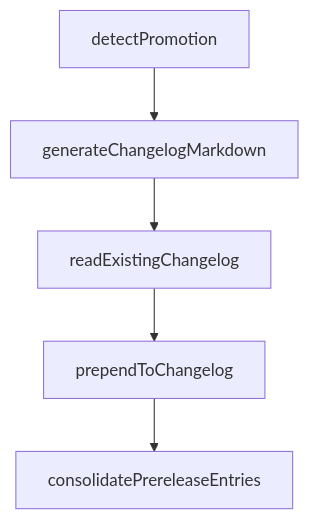
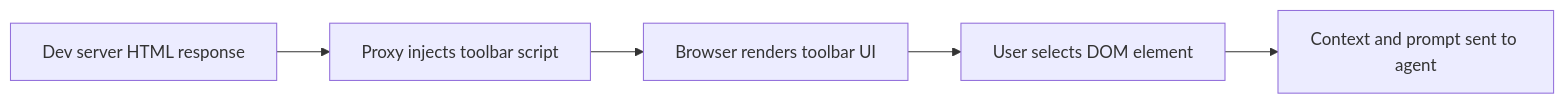
Before and after one commit to johnxie/awesome-code-docs: the second of 2 diagrams in tutorials/stagewise-tutorial/02-proxy-and-toolbar-architecture.md, drawn with Mermaid. The commit also changed other lines of this file and 1232 other files, not shown here.

````diff
--- a/tutorials/stagewise-tutorial/02-proxy-and-toolbar-architecture.md
+++ b/tutorials/stagewise-tutorial/02-proxy-and-toolbar-architecture.md
@@ -229,12 +72,7 @@
 ```mermaid
-flowchart TD
-    A[detectPromotion]
-    B[generateChangelogMarkdown]
-    C[readExistingChangelog]
-    D[prependToChangelog]
-    E[consolidatePrereleaseEntries]
-    A --> B
-    B --> C
-    C --> D
-    D --> E
+flowchart LR
+    A[Dev server HTML response] --> B[Proxy injects toolbar script]
+    B --> C[Browser renders toolbar UI]
+    C --> D[User selects DOM element]
+    D --> E[Context and prompt sent to agent]
 ```
````
